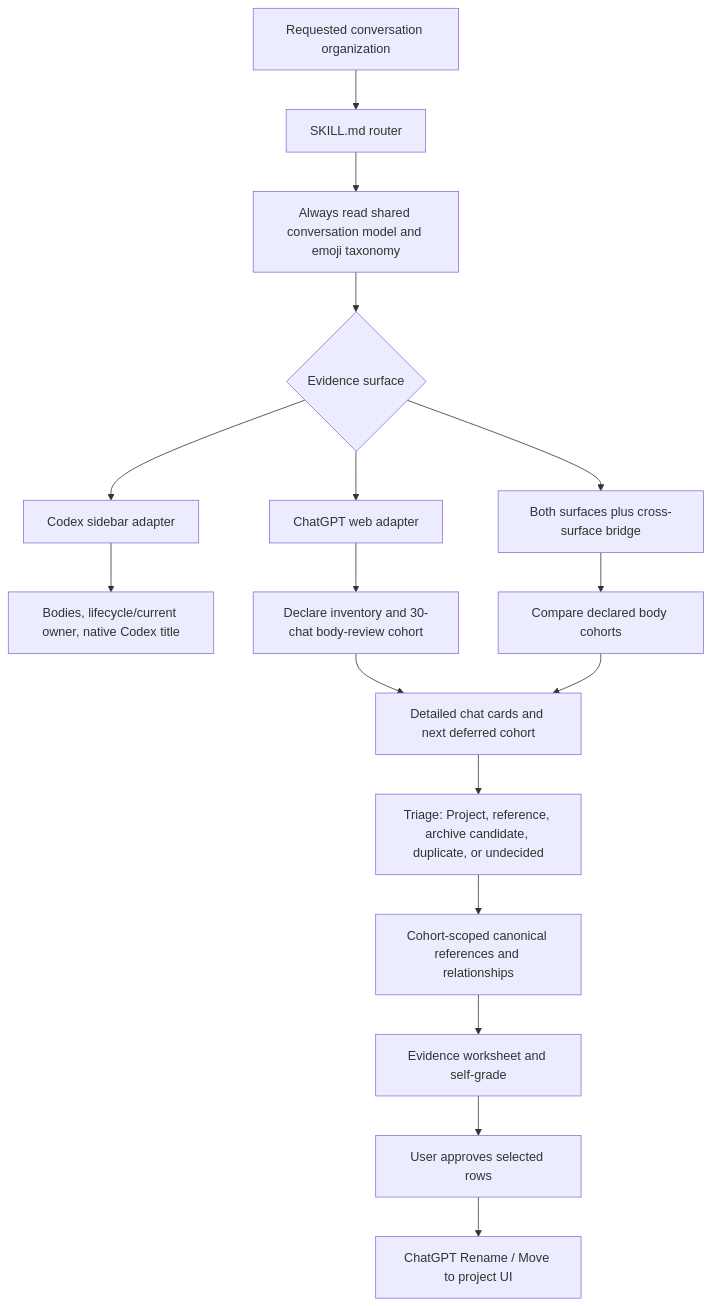
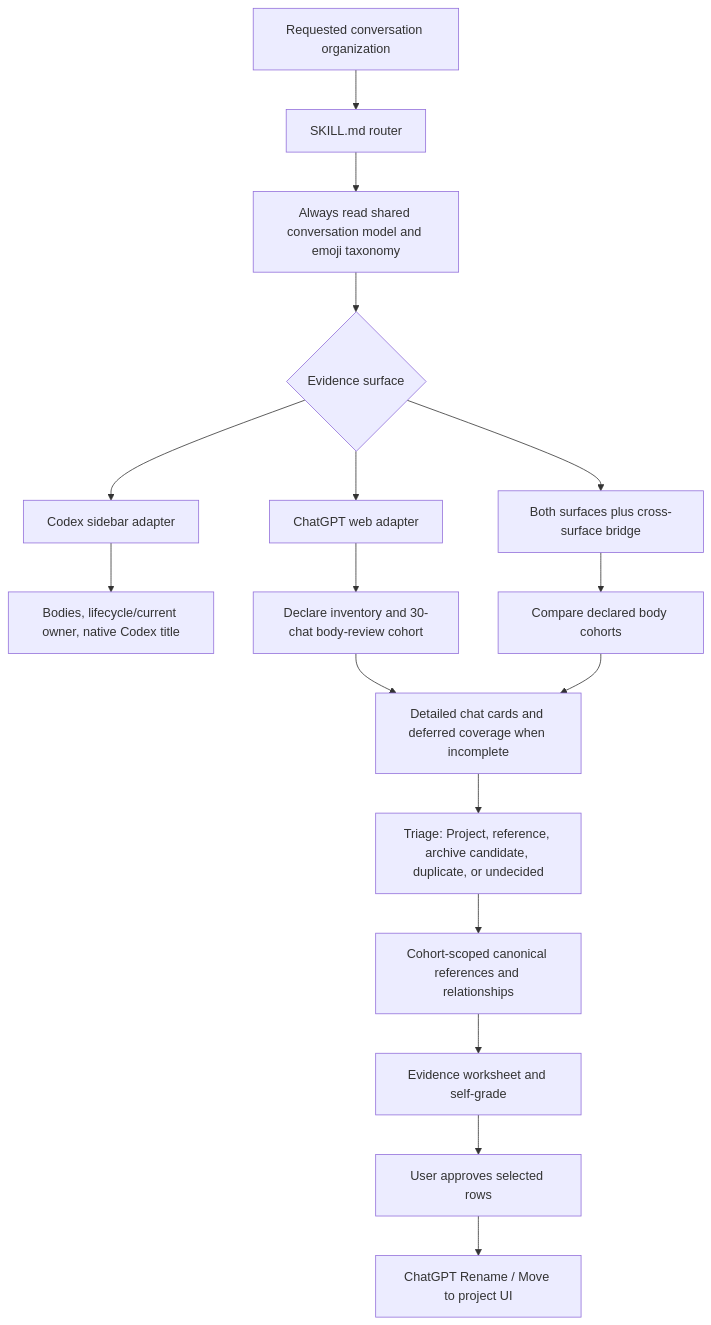
The diagram in plugins/codex-thread-organizer/README.md (MooseGooseConsulting/frozenSkillz), drawn with Mermaid before and after one commit. The commit also changed other lines of this file and 3 other files, not shown here.

````diff
--- a/plugins/codex-thread-organizer/README.md
+++ b/plugins/codex-thread-organizer/README.md
@@ -32,19 +34,19 @@
 ```mermaid
 flowchart TD
     A["Requested conversation organization"] --> B["SKILL.md router"]
     B --> C["Always read shared conversation model and emoji taxonomy"]
     C --> D{"Evidence surface"}
     D --> E["Codex sidebar adapter"]
     D --> F["ChatGPT web adapter"]
     D --> G["Both surfaces plus cross-surface bridge"]
     E --> H["Bodies, lifecycle/current owner, native Codex title"]
     F --> I["Declare inventory and 30-chat body-review cohort"]
     G --> J["Compare declared body cohorts"]
-    I --> K["Detailed chat cards and next deferred cohort"]
+    I --> K["Detailed chat cards and deferred coverage when incomplete"]
     J --> K
     K --> L["Triage: Project, reference, archive candidate, duplicate, or undecided"]
     L --> M["Cohort-scoped canonical references and relationships"]
     M --> N["Evidence worksheet and self-grade"]
     N --> O["User approves selected rows"]
     O --> P["ChatGPT Rename / Move to project UI"]
 ```
````
